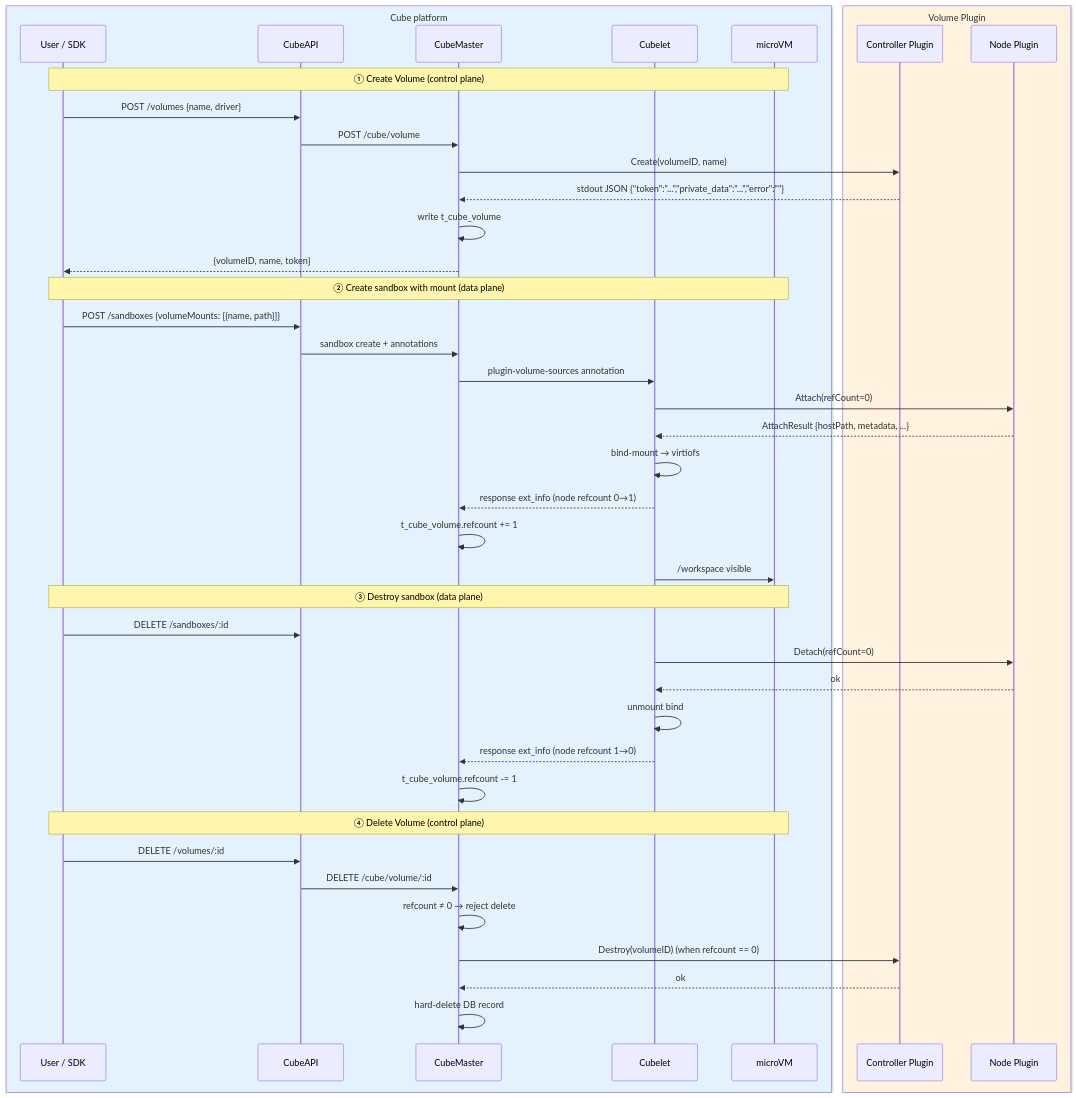
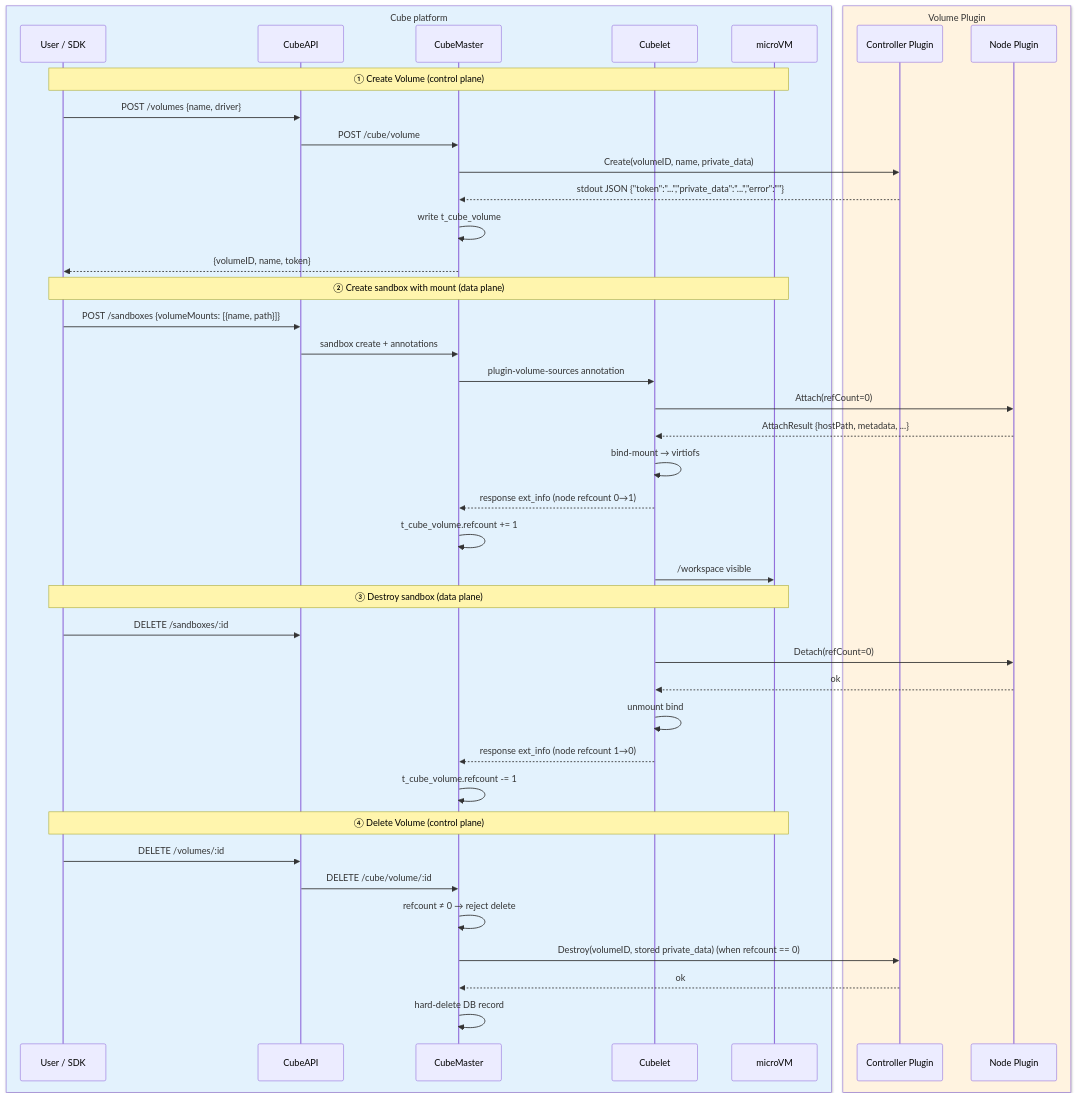
The fourth of 4 diagrams in docs/guide/volume-plugin.md (TencentCloud/CubeSandbox), drawn with Mermaid before and after one commit. The commit also changed other lines of this file and 55 other files, not shown here.

````diff
--- a/docs/guide/volume-plugin.md
+++ b/docs/guide/volume-plugin.md
@@ -320,49 +350,49 @@
 ```mermaid
 sequenceDiagram
     box rgba(227,242,253,1) Cube platform
         participant U as User / SDK
         participant API as CubeAPI
         participant M as CubeMaster
         participant L as Cubelet
         participant VM as microVM
     end
     box rgba(255,243,224,1) Volume Plugin
         participant P as Controller Plugin
         participant N as Node Plugin
     end
 
     Note over U,VM: ① Create Volume (control plane)
     U->>API: POST /volumes {name, driver}
     API->>M: POST /cube/volume
-    M->>P: Create(volumeID, name)
+    M->>P: Create(volumeID, name, private_data)
     P-->>M: stdout JSON {"token":"...","private_data":"...","error":""}
     M->>M: write t_cube_volume
     M-->>U: {volumeID, name, token}
 
     Note over U,VM: ② Create sandbox with mount (data plane)
     U->>API: POST /sandboxes {volumeMounts: [{name, path}]}
     API->>M: sandbox create + annotations
     M->>L: plugin-volume-sources annotation
     L->>N: Attach(refCount=0)
     N-->>L: AttachResult {hostPath, metadata, ...}
     L->>L: bind-mount → virtiofs
     L-->>M: response ext_info (node refcount 0→1)
     M->>M: t_cube_volume.refcount += 1
     L->>VM: /workspace visible
 
     Note over U,VM: ③ Destroy sandbox (data plane)
     U->>API: DELETE /sandboxes/:id
     L->>N: Detach(refCount=0)
     N-->>L: ok
     L->>L: unmount bind
     L-->>M: response ext_info (node refcount 1→0)
     M->>M: t_cube_volume.refcount -= 1
 
     Note over U,VM: ④ Delete Volume (control plane)
     U->>API: DELETE /volumes/:id
     API->>M: DELETE /cube/volume/:id
     M->>M: refcount ≠ 0 → reject delete
-    M->>P: Destroy(volumeID) (when refcount == 0)
+    M->>P: Destroy(volumeID, stored private_data) (when refcount == 0)
     P-->>M: ok
     M->>M: hard-delete DB record
 ```
````
